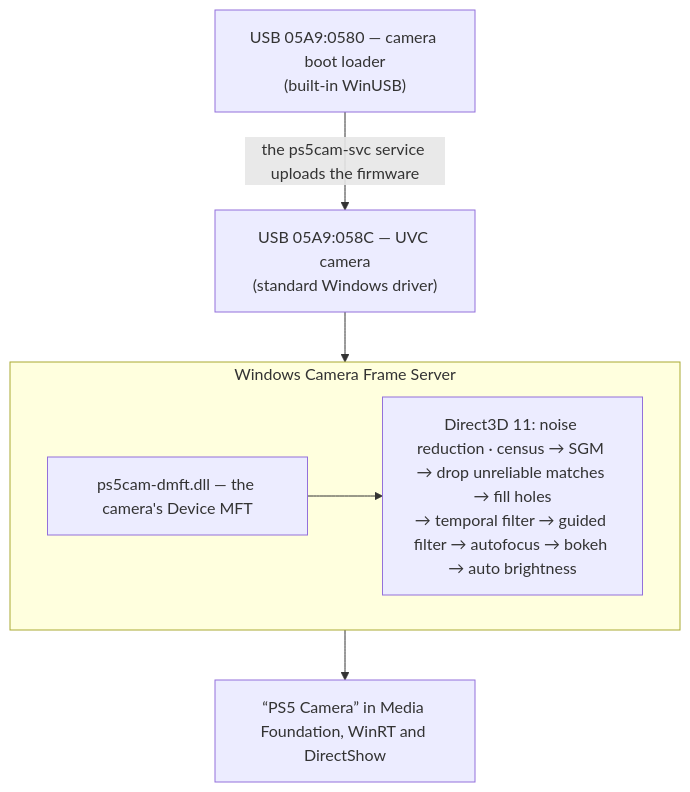
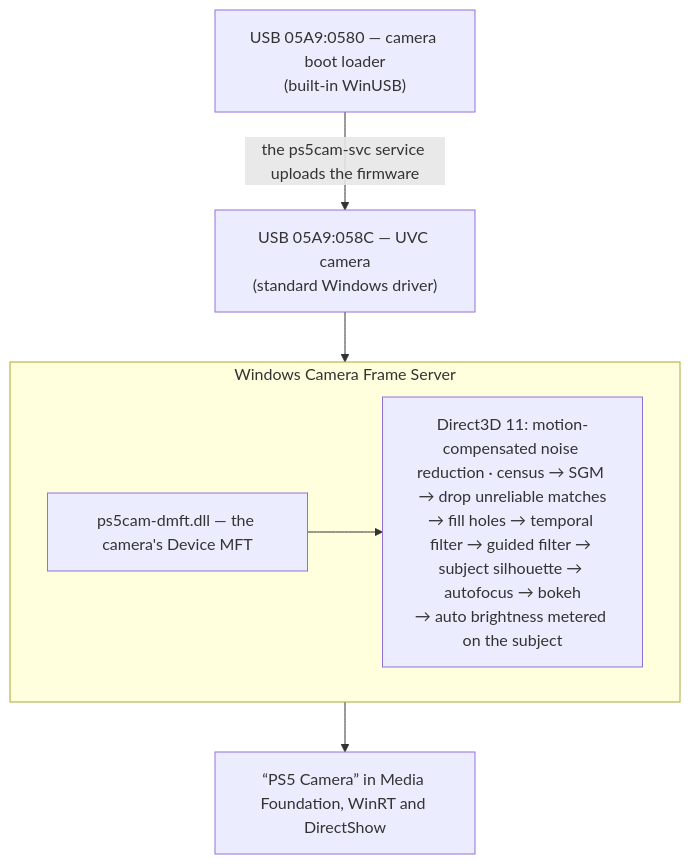
One commit to KROU4/PS5CameraDriver changed the diagram in README.md. Above: the diagram before and after it, drawn with Mermaid. The commit also changed other lines of this file and 22 other files, not shown here.

First line of the commit message:
Sharp zone by silhouette, exposure on the subject, motion-compensated noise reduction

````diff
--- a/README.md
+++ b/README.md
@@ -80,11 +108,11 @@
 ```mermaid
 flowchart TB
     boot["USB 05A9:0580 — camera boot loader<br/>(built-in WinUSB)"] -->|"the ps5cam-svc service uploads the firmware"| uvc
     uvc["USB 05A9:058C — UVC camera<br/>(standard Windows driver)"] --> fs
     subgraph fs["Windows Camera Frame Server"]
         dmft["ps5cam-dmft.dll — the camera's Device MFT"]
-        gpu["Direct3D 11: noise reduction · census → SGM → drop unreliable matches → fill holes<br/>→ temporal filter → guided filter → autofocus → bokeh → auto brightness"]
+        gpu["Direct3D 11: motion-compensated noise reduction · census → SGM → drop unreliable matches<br/>→ fill holes → temporal filter → guided filter → subject silhouette → autofocus → bokeh<br/>→ auto brightness metered on the subject"]
         dmft --> gpu
     end
     fs --> apps["“PS5 Camera” in Media Foundation, WinRT and DirectShow"]
 ```
````
